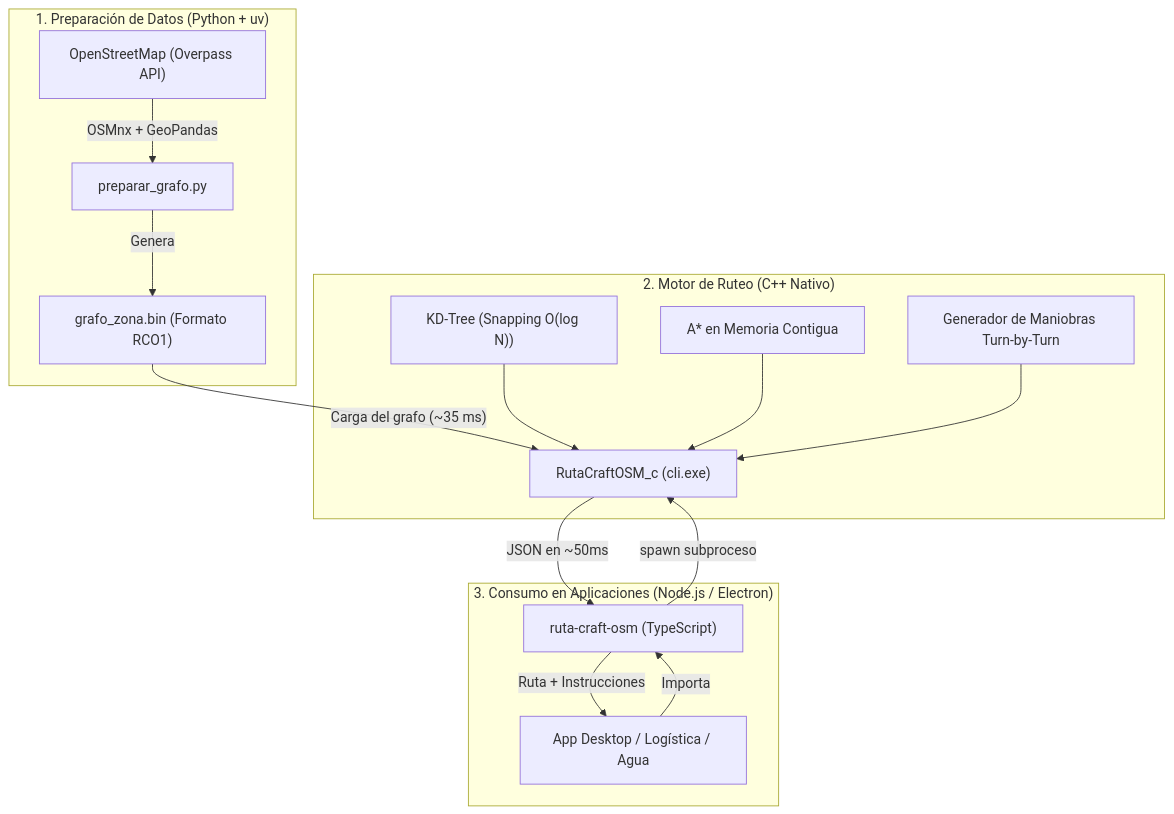
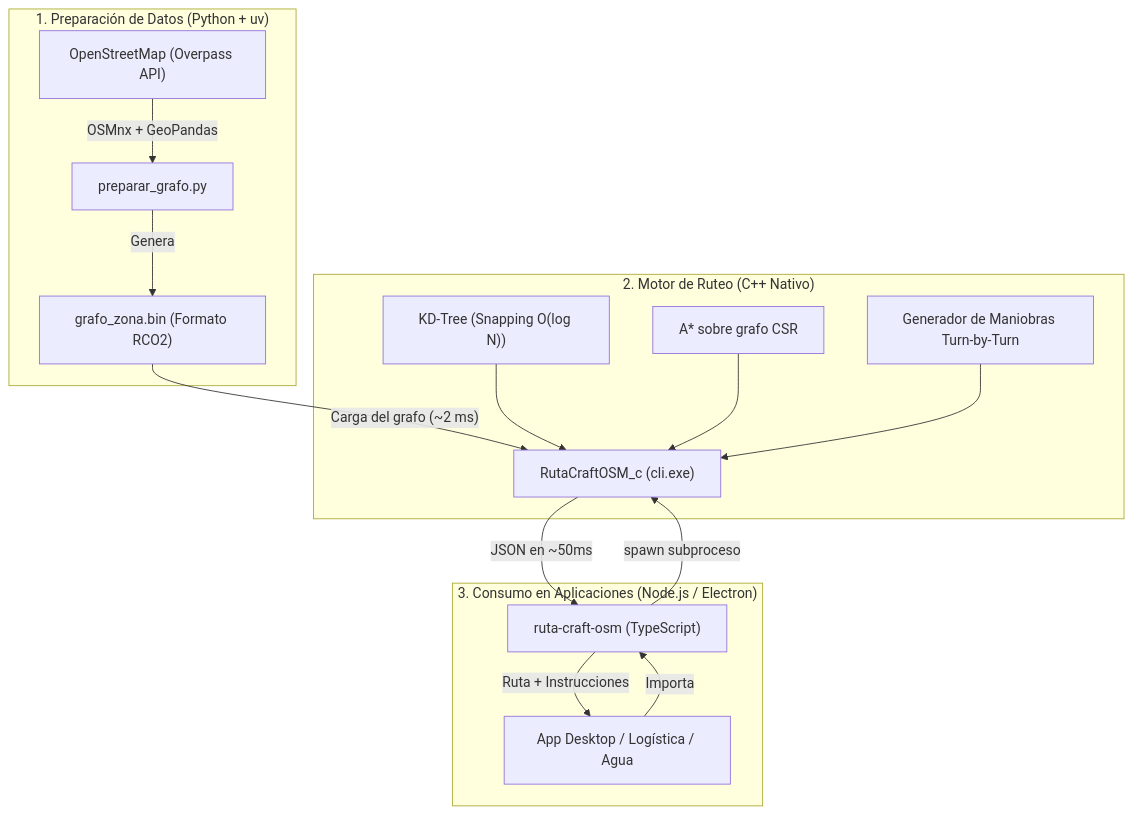
The diagram in docs/1_ARQUITECTURA_Y_MIGRACION.md (Mahynlo/RutaCraftOSM), drawn with Mermaid before and after one commit. The commit also changed other lines of this file and 28 other files, not shown here.

First line of the commit message:
feat: mejora del soporte de plataformas y del manejo de errores en ruta-craft-osm

````diff
--- a/docs/1_ARQUITECTURA_Y_MIGRACION.md
+++ b/docs/1_ARQUITECTURA_Y_MIGRACION.md
@@ -7,21 +7,21 @@
 ```mermaid
 flowchart TD
     subgraph Capa_Preparacion ["1. Preparación de Datos (Python + uv)"]
         OSM["OpenStreetMap (Overpass API)"] -->|OSMnx + GeoPandas| PREP["preparar_grafo.py"]
-        PREP -->|Genera| BIN["grafo_zona.bin (Formato RCO1)"]
+        PREP -->|Genera| BIN["grafo_zona.bin (Formato RCO2)"]
     end
 
     subgraph Capa_Motor ["2. Motor de Ruteo (C++ Nativo)"]
-        BIN -->|"Carga del grafo (~35 ms)"| MOTOR["RutaCraftOSM_c (cli.exe)"]
+        BIN -->|"Carga del grafo (~2 ms)"| MOTOR["RutaCraftOSM_c (cli.exe)"]
         KDTREE["KD-Tree (Snapping O(log N))"] --> MOTOR
-        ASTAR["A* en Memoria Contigua"] --> MOTOR
+        ASTAR["A* sobre grafo CSR"] --> MOTOR
         INST["Generador de Maniobras Turn-by-Turn"] --> MOTOR
     end
 
     subgraph Capa_Consumo ["3. Consumo en Aplicaciones (Node.js / Electron)"]
         APP["App Desktop / Logística / Agua"] -->|Importa| WRAPPER["ruta-craft-osm (TypeScript)"]
         WRAPPER -->|spawn subproceso| MOTOR
         MOTOR -->|JSON en ~50ms| WRAPPER
         WRAPPER -->|Ruta + Instrucciones| APP
     end
 ```
````
